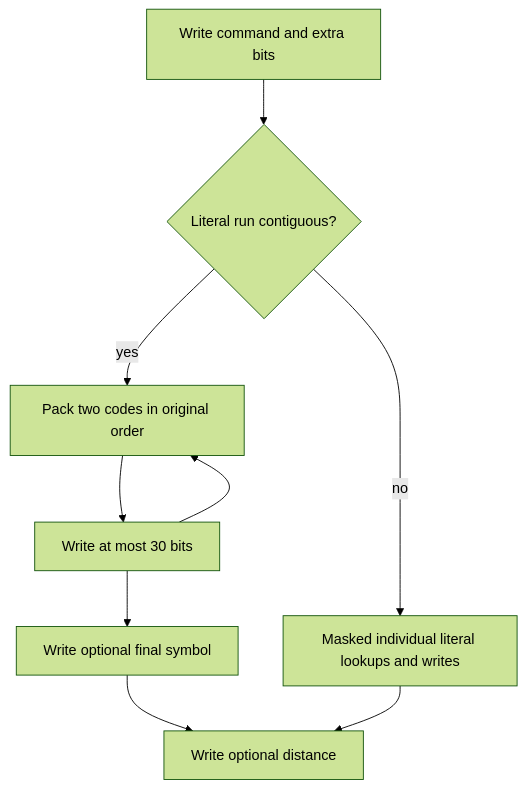
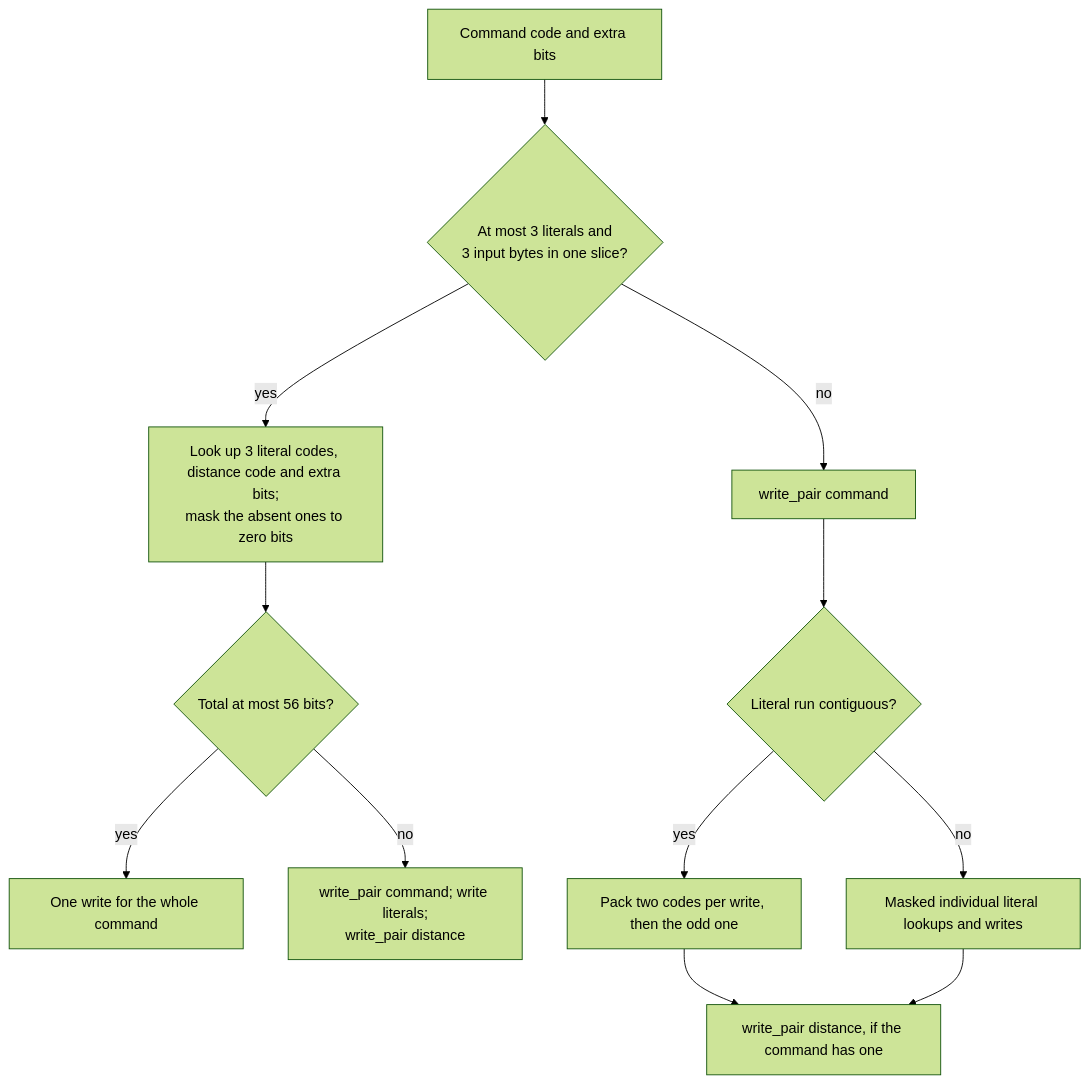
One commit to M-Compressors/mbrotli changed the sixth of 6 diagrams in architecture/bit-output.md. Above: the diagram before and after it, drawn with Mermaid (forest theme). The commit also changed other lines of this file and 17 other files, not shown here.

````diff
--- a/architecture/bit-output.md
+++ b/architecture/bit-output.md
@@ -236,11 +268,14 @@
 ```mermaid
 flowchart TD
-    Command[Write command and extra bits] --> Run{Literal run contiguous?}
-    Run -->|yes| Pair[Pack two codes in original order]
-    Pair --> Write[Write at most 30 bits]
-    Write --> Pair
-    Write --> Tail[Write optional final symbol]
-    Run -->|no| Mask[Masked individual literal lookups and writes]
-    Tail --> Distance[Write optional distance]
-    Mask --> Distance
+    Command[Command code and extra bits] --> Short{"At most 3 literals and<br/>3 input bytes in one slice?"}
+    Short -->|yes| Mask["Look up 3 literal codes, distance code and extra bits;<br/>mask the absent ones to zero bits"]
+    Mask --> Fits{"Total at most 56 bits?"}
+    Fits -->|yes| One[One write for the whole command]
+    Fits -->|no| Split["write_pair command; write literals;<br/>write_pair distance"]
+    Short -->|no| Pair["write_pair command"]
+    Pair --> Run{Literal run contiguous?}
+    Run -->|yes| Two["Pack two codes per write, then the odd one"]
+    Run -->|no| Wrapped[Masked individual literal lookups and writes]
+    Two --> Distance["write_pair distance, if the command has one"]
+    Wrapped --> Distance
 ```
````
